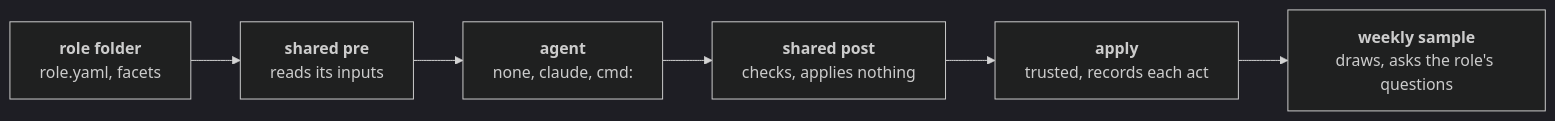
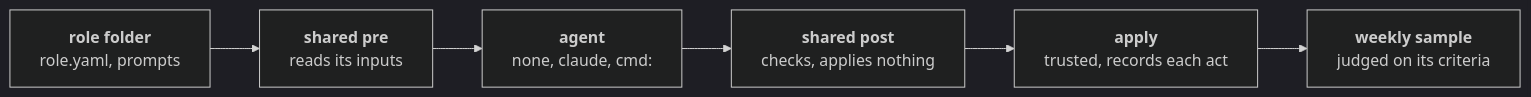
The diagram in docs/adr/0070-a-new-role-runs-from-its-files-on-a-shared-pre-and-post.md (JN0V/workline), drawn with Mermaid (dark theme) before and after one commit. The commit also changed other lines of this file and 2 other files, not shown here.

First line of the commit message:
docs(adr): ADR-0070 reaches the role layout before 1.0

````diff
--- a/docs/adr/0070-a-new-role-runs-from-its-files-on-a-shared-pre-and-post.md
+++ b/docs/adr/0070-a-new-role-runs-from-its-files-on-a-shared-pre-and-post.md
@@ -37,8 +33,8 @@
 ```mermaid
 flowchart LR
-  files["<b>role folder</b><br/>role.yaml, facets"] --> pre["<b>shared pre</b><br/>reads its inputs"]
+  files["<b>role folder</b><br/>role.yaml, prompts"] --> pre["<b>shared pre</b><br/>reads its inputs"]
   pre --> agent["<b>agent</b><br/>none, claude, cmd:"]
   agent --> post["<b>shared post</b><br/>checks, applies nothing"]
   post --> apply["<b>apply</b><br/>trusted, records each act"]
-  apply --> sample["<b>weekly sample</b><br/>draws, asks the role's questions"]
+  apply --> sample["<b>weekly sample</b><br/>judged on its criteria"]
 ```
````
